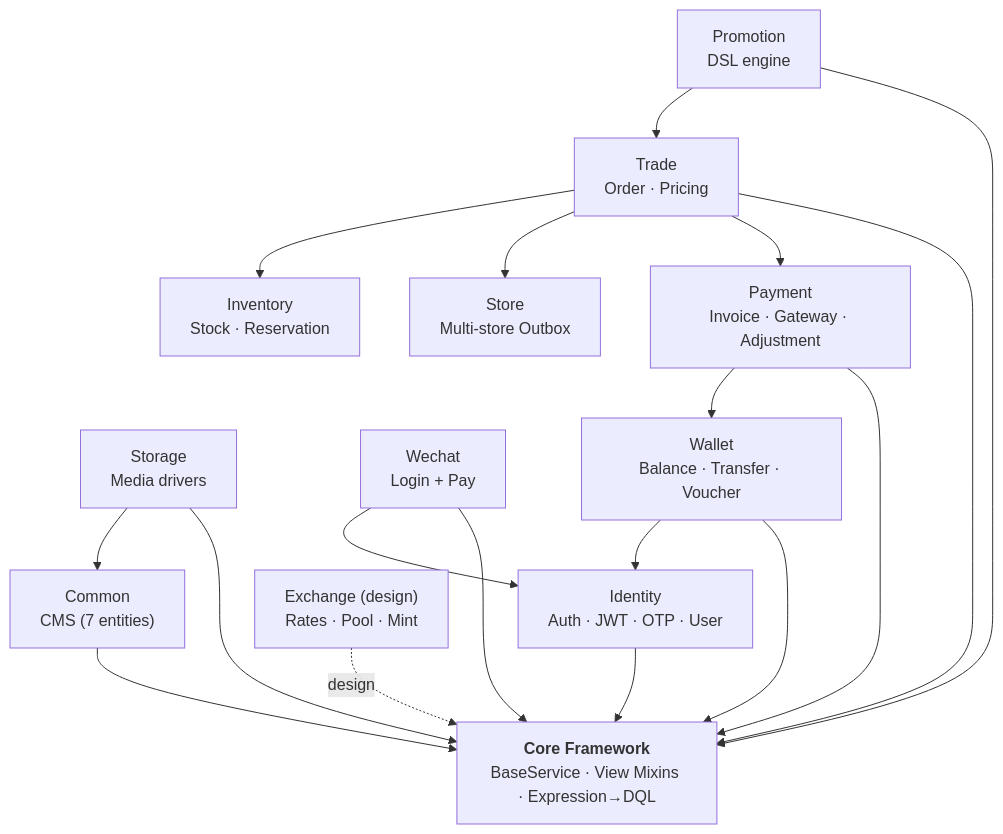
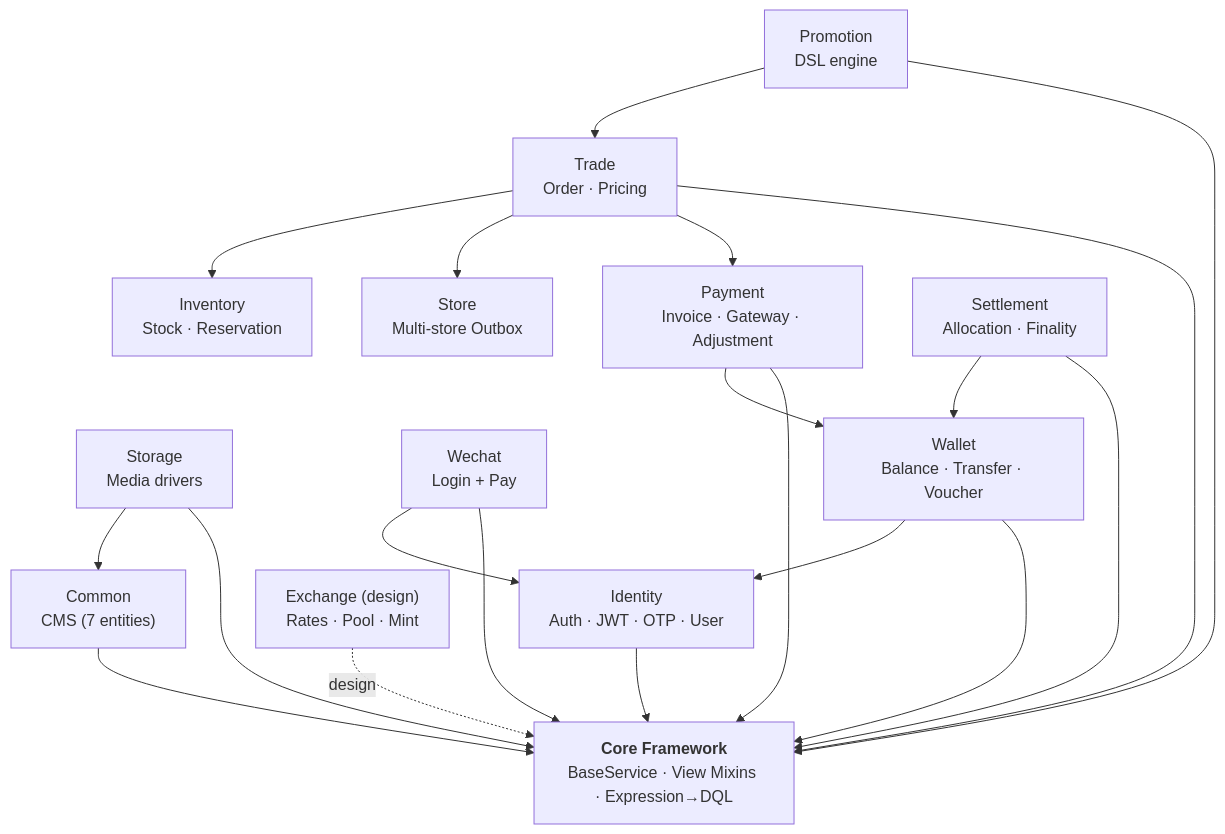
Before and after one commit to dream-studio-china/edc-online-membership: the first of 3 diagrams in README.md, drawn with Mermaid. The commit also changed other lines of this file and 4 other files, not shown here.

````diff
--- a/README.md
+++ b/README.md
@@ -13,34 +13,37 @@
 ```mermaid
 flowchart TB
     Core["<b>Core Framework</b><br/>BaseService · View Mixins · Expression→DQL"]
 
     Identity["Identity<br/>Auth · JWT · OTP · User"]
     Common["Common<br/>CMS (7 entities)"]
     Storage["Storage<br/>Media drivers"]
     Wechat["Wechat<br/>Login + Pay"]
     Wallet["Wallet<br/>Balance · Transfer · Voucher"]
     Payment["Payment<br/>Invoice · Gateway · Adjustment"]
     Trade["Trade<br/>Order · Pricing"]
     Store["Store<br/>Multi-store Outbox"]
     Inventory["Inventory<br/>Stock · Reservation"]
     Promotion["Promotion<br/>DSL engine"]
+    Settlement["Settlement<br/>Allocation · Finality"]
     Exchange["Exchange (design)<br/>Rates · Pool · Mint"]
 
     Identity --> Core
     Common --> Core
     Storage --> Core
     Storage --> Common
     Wechat --> Core
     Wechat --> Identity
     Wallet --> Core
     Wallet --> Identity
     Payment --> Core
     Payment --> Wallet
     Trade --> Core
     Trade --> Payment
     Trade --> Store
     Trade --> Inventory
     Promotion --> Core
     Promotion --> Trade
+    Settlement --> Core
+    Settlement --> Wallet
     Exchange -. "design" .-> Core
 ```
````
